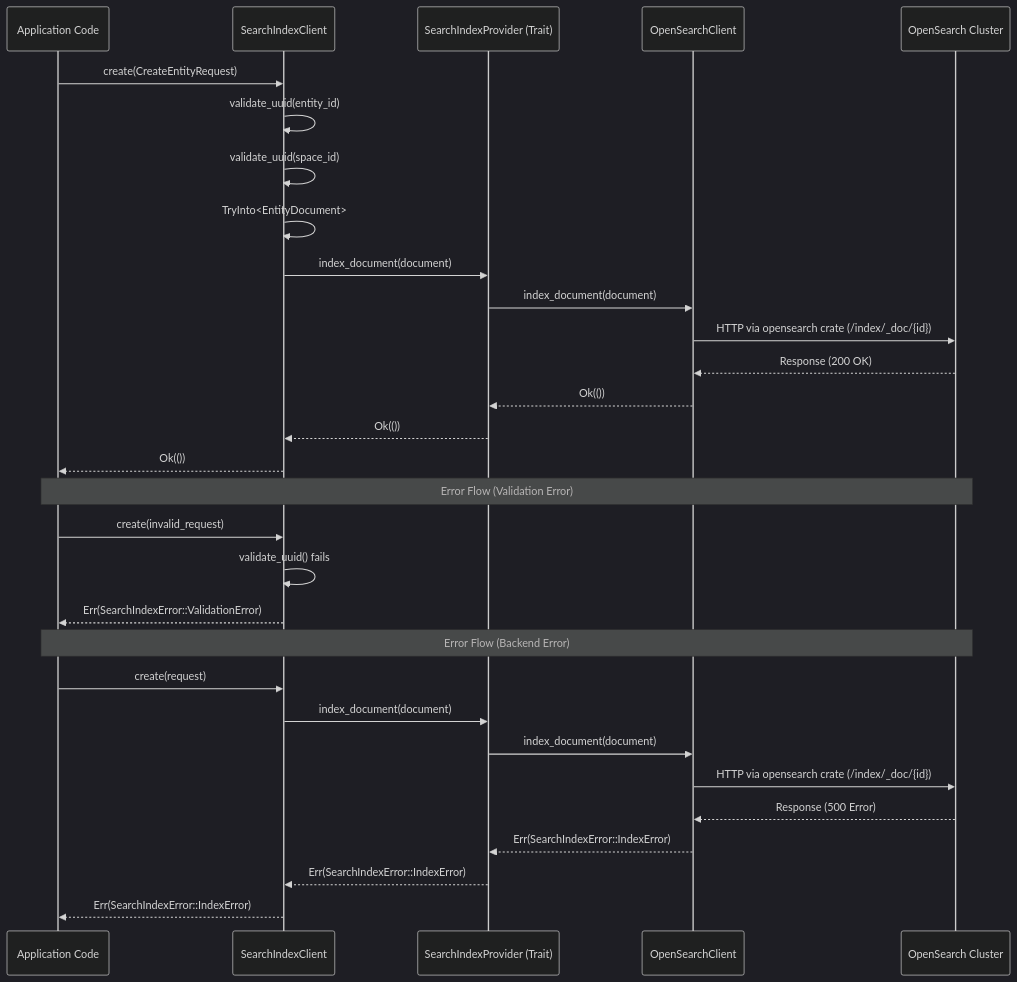
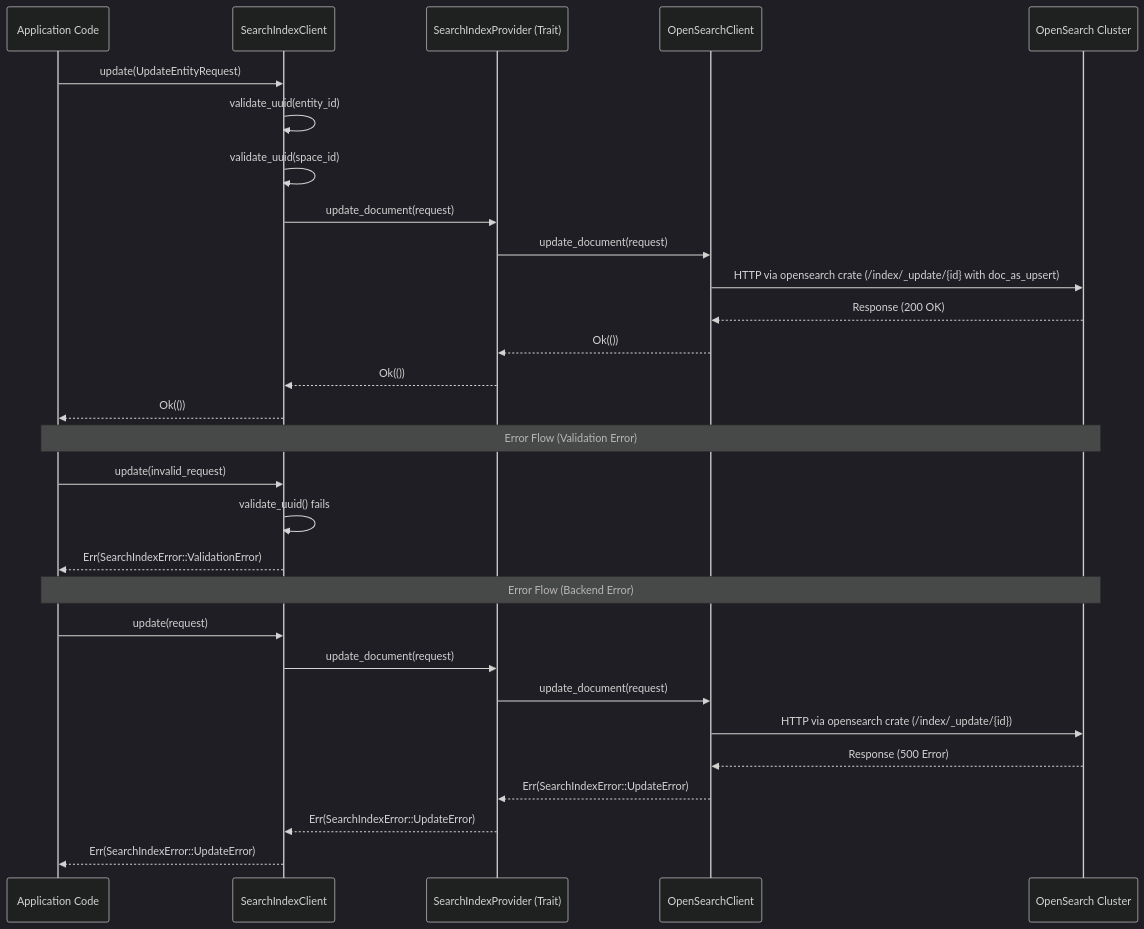
One commit to 0xNeoDev/gaia changed the diagram in search-indexer-repository/ARCHITECTURE.md. Above: the diagram before and after it, drawn with Mermaid (dark theme). The commit also changed other lines of this file and 6 other files, not shown here.

Commit message:
refactor: update document as upsert. remove create document

````diff
--- a/search-indexer-repository/ARCHITECTURE.md
+++ b/search-indexer-repository/ARCHITECTURE.md
@@ -5,35 +5,34 @@
 ```mermaid
 sequenceDiagram
     participant App as Application Code
     participant Client as SearchIndexClient
     participant Provider as SearchIndexProvider (Trait)
     participant OpenSearch as OpenSearchClient
     participant Backend as OpenSearch Cluster
 
-    App->>Client: create(CreateEntityRequest)
+    App->>Client: update(UpdateEntityRequest)
     Client->>Client: validate_uuid(entity_id)
     Client->>Client: validate_uuid(space_id)
-    Client->>Client: TryInto<EntityDocument>
-    Client->>Provider: index_document(document)
-    Provider->>OpenSearch: index_document(document)
-    OpenSearch->>Backend: HTTP via opensearch crate (/index/_doc/{id})
+    Client->>Provider: update_document(request)
+    Provider->>OpenSearch: update_document(request)
+    OpenSearch->>Backend: HTTP via opensearch crate (/index/_update/{id} with doc_as_upsert)
     Backend-->>OpenSearch: Response (200 OK)
     OpenSearch-->>Provider: Ok(())
     Provider-->>Client: Ok(())
     Client-->>App: Ok(())
 
     Note over App,Backend: Error Flow (Validation Error)
-    App->>Client: create(invalid_request)
+    App->>Client: update(invalid_request)
     Client->>Client: validate_uuid() fails
     Client-->>App: Err(SearchIndexError::ValidationError)
 
     Note over App,Backend: Error Flow (Backend Error)
-    App->>Client: create(request)
-    Client->>Provider: index_document(document)
-    Provider->>OpenSearch: index_document(document)
-    OpenSearch->>Backend: HTTP via opensearch crate (/index/_doc/{id})
+    App->>Client: update(request)
+    Client->>Provider: update_document(request)
+    Provider->>OpenSearch: update_document(request)
+    OpenSearch->>Backend: HTTP via opensearch crate (/index/_update/{id})
     Backend-->>OpenSearch: Response (500 Error)
-    OpenSearch-->>Provider: Err(SearchIndexError::IndexError)
-    Provider-->>Client: Err(SearchIndexError::IndexError)
-    Client-->>App: Err(SearchIndexError::IndexError)
+    OpenSearch-->>Provider: Err(SearchIndexError::UpdateError)
+    Provider-->>Client: Err(SearchIndexError::UpdateError)
+    Client-->>App: Err(SearchIndexError::UpdateError)
 ```
````
